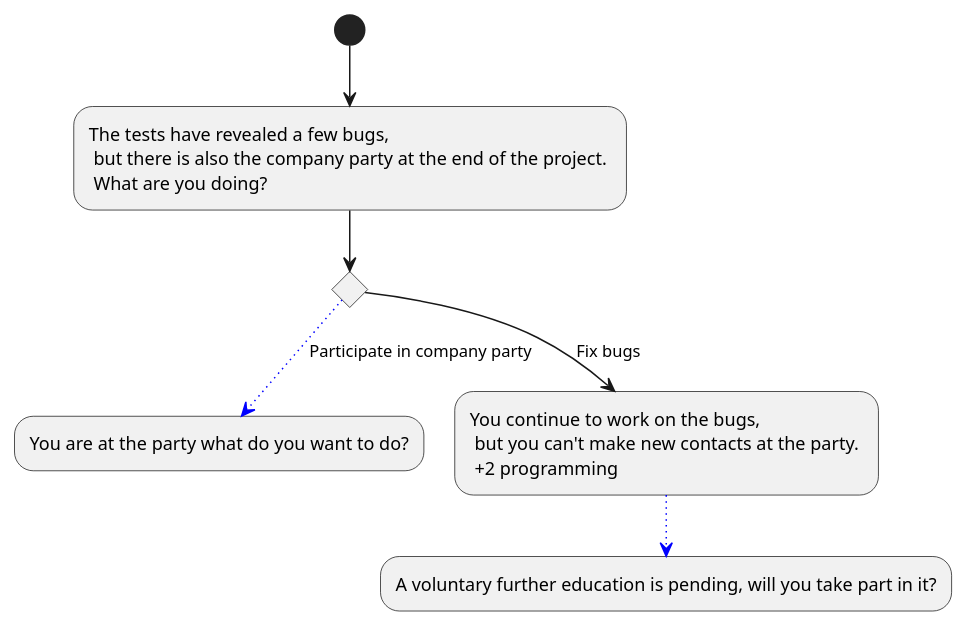
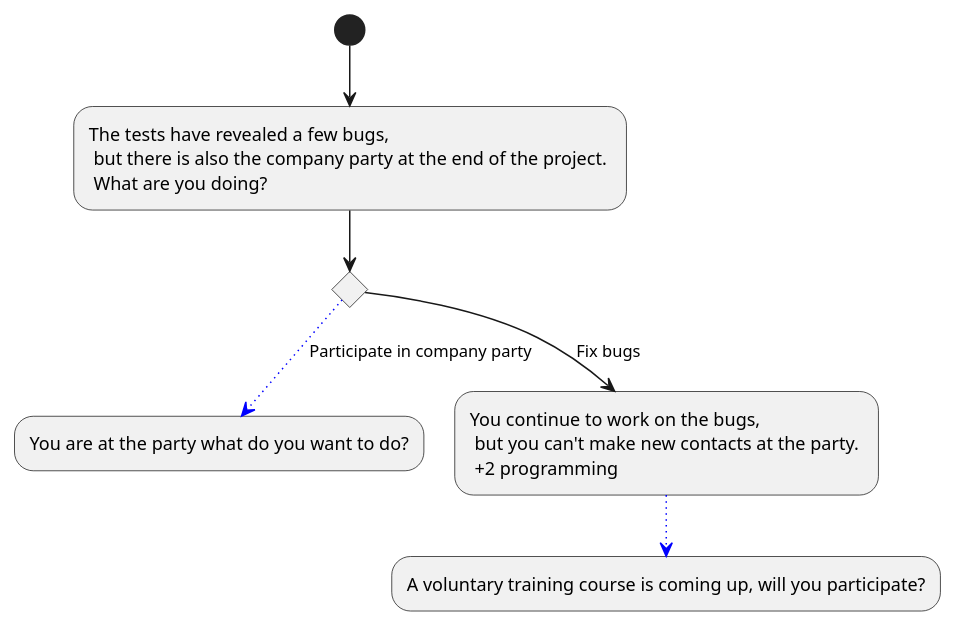
The diagram in Docs/Technical Specifications/docs/diagrams/StoryFlow/StoryFlow_Decision_6.puml (Brotenko/QualityQuest), drawn with PlantUML before and after one commit.

Commit message:
Update Docs/Technical Specifications/docs/diagrams/StoryFlow/StoryFlow_Decision_6.puml

```diff
--- a/Docs/Technical Specifications/docs/diagrams/StoryFlow/StoryFlow_Decision_6.puml
+++ b/Docs/Technical Specifications/docs/diagrams/StoryFlow/StoryFlow_Decision_6.puml
@@ -1,9 +1,9 @@
 @startuml
 (*) --> "The tests have revealed a few bugs, \n but there is also the company party at the end of the project. \n What are you doing?"
 if "" then 
 -[#blue,dotted]-> [Participate in company party] "You are at the party what do you want to do?"
 else 
 --> [Fix bugs] "You continue to work on the bugs, \n but you can't make new contacts at the party. \n +2 programming"
--[#blue,dotted]-> "A voluntary further education is pending, will you take part in it?"
+-[#blue,dotted]-> "A voluntary training course is coming up, will you participate?"
 
 @enduml
```
